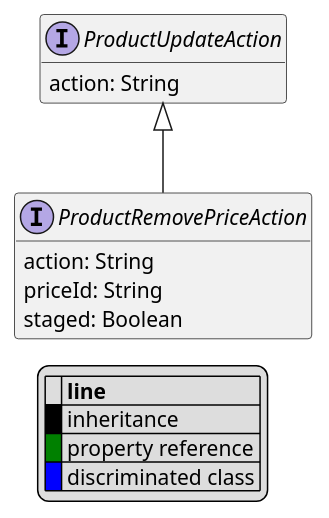
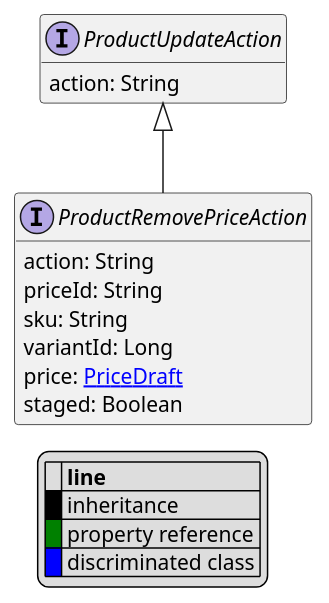
One commit to commercetools/commercetools-api-reference changed the diagram in uml/api/ProductRemovePriceAction.puml. Above: the diagram before and after it, drawn with PlantUML. The commit also changed 6 other files, not shown here.

```diff
--- a/uml/api/ProductRemovePriceAction.puml
+++ b/uml/api/ProductRemovePriceAction.puml
@@ -1,24 +1,27 @@
 @startuml
 
 hide empty fields
 hide empty methods
 legend
 |= |= line |
 |<back:black>   </back>| inheritance |
 |<back:green>   </back>| property reference |
 |<back:blue>   </back>| discriminated class |
 endlegend
 interface ProductRemovePriceAction [[ProductRemovePriceAction.svg]] extends ProductUpdateAction {
     action: String
     priceId: String
+    sku: String
+    variantId: Long
+    price: [[PriceDraft.svg PriceDraft]]
     staged: Boolean
 }
 interface ProductUpdateAction [[ProductUpdateAction.svg]]  {
     action: String
 }
 
 
 
 
 
 @enduml
```
